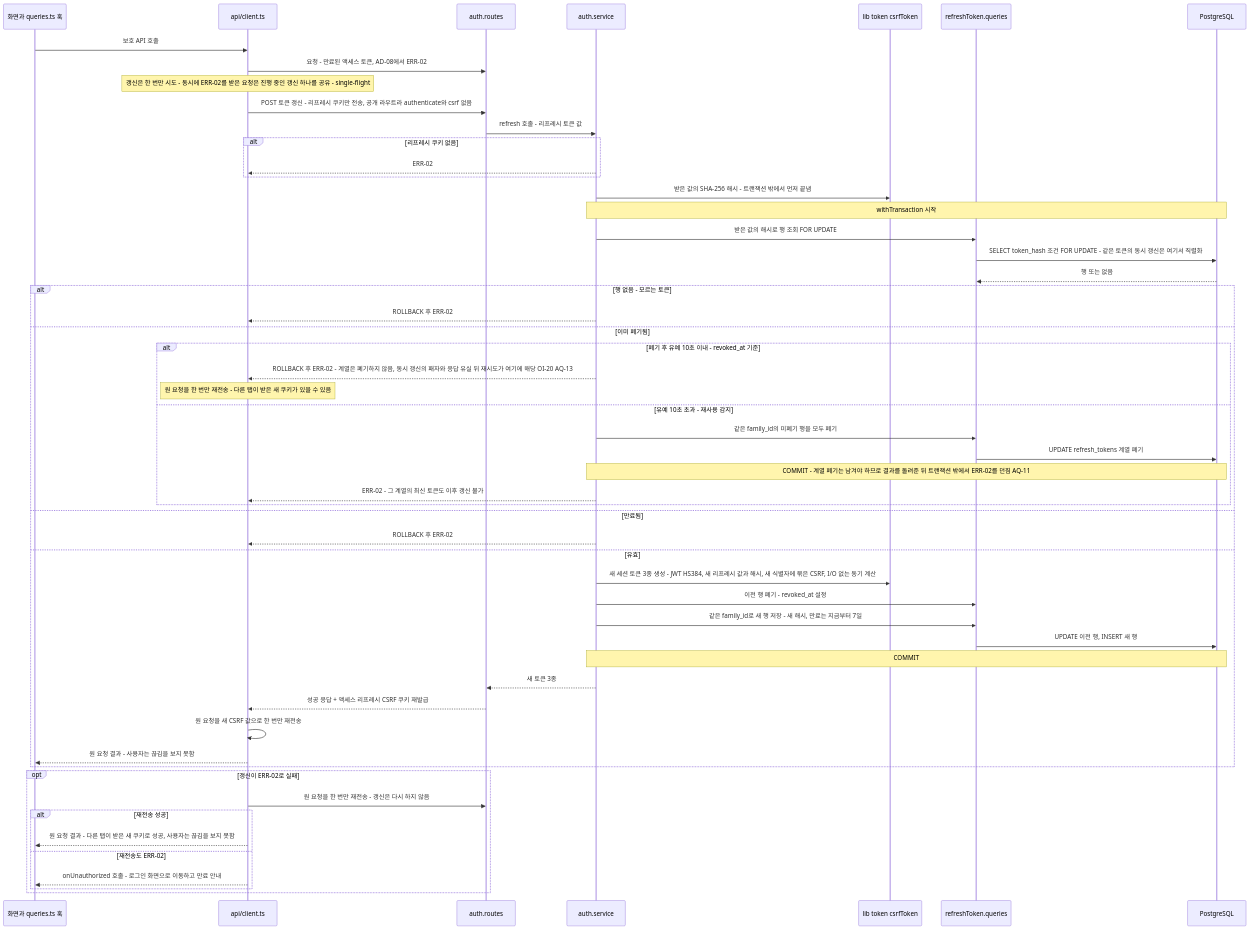
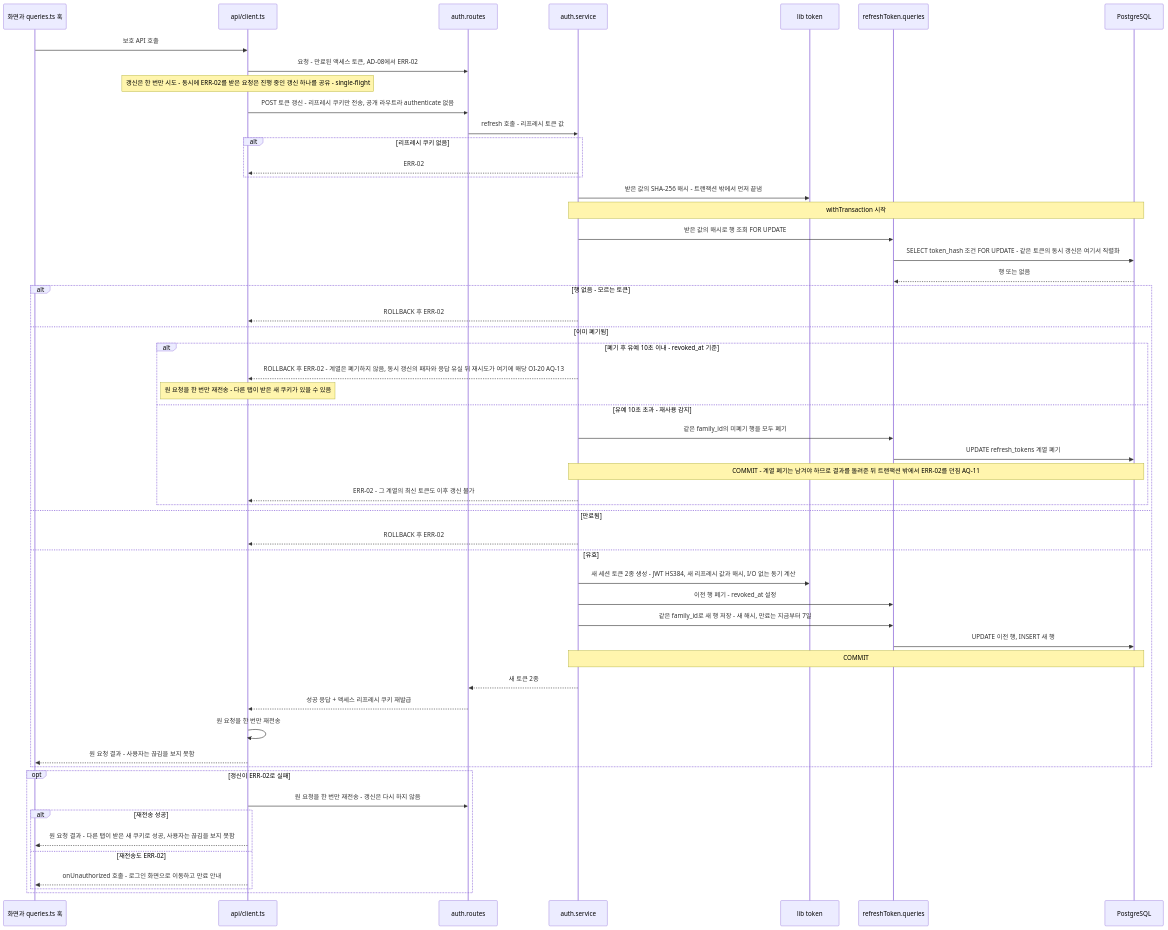
One commit to Palbok-Kim/todolist-app changed diagram 13 of 13 in docs/6-arch-diagram.md. Above: the diagram before and after it, drawn with Mermaid. The commit also changed other lines of this file and 42 other files, not shown here.

First line of the commit message:
refactor: CSRF 방어 제거, ERD·schema.sql 표기 일치화

````diff
--- a/docs/6-arch-diagram.md
+++ b/docs/6-arch-diagram.md
@@ -736,57 +718,57 @@
 ```mermaid
 sequenceDiagram
     participant UI as 화면과 queries.ts 훅
     participant CL as api/client.ts
     participant RT as auth.routes
     participant SV as auth.service
-    participant LB as lib token csrfToken
+    participant LB as lib token
     participant RQ as refreshToken.queries
     participant DB as PostgreSQL
 
     UI->>CL: 보호 API 호출
     CL->>RT: 요청 - 만료된 액세스 토큰, AD-08에서 ERR-02
     Note over CL: 갱신은 한 번만 시도 - 동시에 ERR-02를 받은 요청은 진행 중인 갱신 하나를 공유 - single-flight
-    CL->>RT: POST 토큰 갱신 - 리프레시 쿠키만 전송, 공개 라우트라 authenticate와 csrf 없음
+    CL->>RT: POST 토큰 갱신 - 리프레시 쿠키만 전송, 공개 라우트라 authenticate 없음
     RT->>SV: refresh 호출 - 리프레시 토큰 값
     alt 리프레시 쿠키 없음
         SV-->>CL: ERR-02
     end
     SV->>LB: 받은 값의 SHA-256 해시 - 트랜잭션 밖에서 먼저 끝냄
     Note over SV,DB: withTransaction 시작
     SV->>RQ: 받은 값의 해시로 행 조회 FOR UPDATE
     RQ->>DB: SELECT token_hash 조건 FOR UPDATE - 같은 토큰의 동시 갱신은 여기서 직렬화
     DB-->>RQ: 행 또는 없음
     alt 행 없음 - 모르는 토큰
         SV-->>CL: ROLLBACK 후 ERR-02
     else 이미 폐기됨
         alt 폐기 후 유예 10초 이내 - revoked_at 기준
             SV-->>CL: ROLLBACK 후 ERR-02 - 계열은 폐기하지 않음, 동시 갱신의 패자와 응답 유실 뒤 재시도가 여기에 해당 OI-20 AQ-13
             Note over CL: 원 요청을 한 번만 재전송 - 다른 탭이 받은 새 쿠키가 있을 수 있음
         else 유예 10초 초과 - 재사용 감지
             SV->>RQ: 같은 family_id의 미폐기 행을 모두 폐기
             RQ->>DB: UPDATE refresh_tokens 계열 폐기
             Note over SV,DB: COMMIT - 계열 폐기는 남겨야 하므로 결과를 돌려준 뒤 트랜잭션 밖에서 ERR-02를 던짐 AQ-11
             SV-->>CL: ERR-02 - 그 계열의 최신 토큰도 이후 갱신 불가
         end
     else 만료됨
         SV-->>CL: ROLLBACK 후 ERR-02
     else 유효
-        SV->>LB: 새 세션 토큰 3종 생성 - JWT HS384, 새 리프레시 값과 해시, 새 식별자에 묶은 CSRF, I/O 없는 동기 계산
+        SV->>LB: 새 세션 토큰 2종 생성 - JWT HS384, 새 리프레시 값과 해시, I/O 없는 동기 계산
         SV->>RQ: 이전 행 폐기 - revoked_at 설정
         SV->>RQ: 같은 family_id로 새 행 저장 - 새 해시, 만료는 지금부터 7일
         RQ->>DB: UPDATE 이전 행, INSERT 새 행
         Note over SV,DB: COMMIT
-        SV-->>RT: 새 토큰 3종
-        RT-->>CL: 성공 응답 + 액세스 리프레시 CSRF 쿠키 재발급
-        CL->>CL: 원 요청을 새 CSRF 값으로 한 번만 재전송
+        SV-->>RT: 새 토큰 2종
+        RT-->>CL: 성공 응답 + 액세스 리프레시 쿠키 재발급
+        CL->>CL: 원 요청을 한 번만 재전송
         CL-->>UI: 원 요청 결과 - 사용자는 끊김을 보지 못함
     end
     opt 갱신이 ERR-02로 실패
         CL->>RT: 원 요청을 한 번만 재전송 - 갱신은 다시 하지 않음
         alt 재전송 성공
             CL-->>UI: 원 요청 결과 - 다른 탭이 받은 새 쿠키로 성공, 사용자는 끊김을 보지 못함
         else 재전송도 ERR-02
             CL-->>UI: onUnauthorized 호출 - 로그인 화면으로 이동하고 만료 안내
         end
     end
 ```
````
